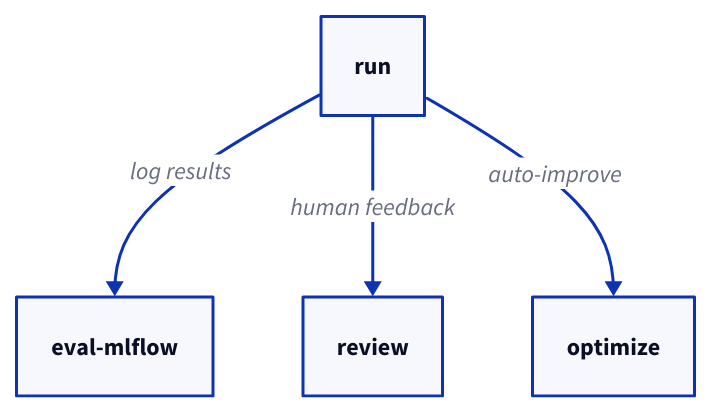
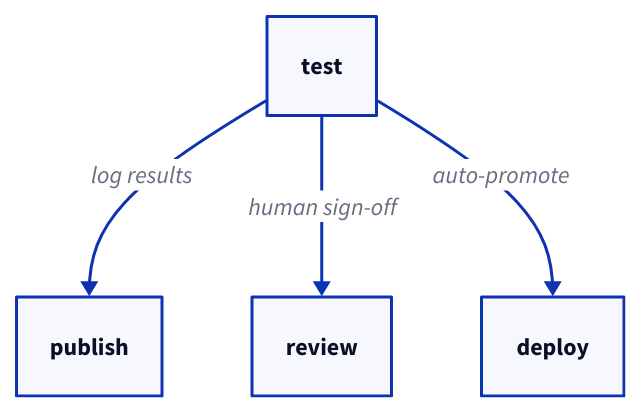
One commit to astefanutti/diagram-skills changed diagram 17 of 19 in skills/skill-diagram/prompts/d2-conventions.md. Above: the diagram before and after it, drawn with D2. The commit also changed other lines of this file and 3 other files, not shown here.

````diff
--- a/skills/skill-diagram/prompts/d2-conventions.md
+++ b/skills/skill-diagram/prompts/d2-conventions.md
@@ -312,6 +312,6 @@
 ```d2
-# Correct: fan-out from eval-run
-run -> eval-mlflow: "log results"
-run -> review: "human feedback"
-run -> optimize: "auto-improve"
+# Correct: fan-out from one source
+test -> publish: "log results"
+test -> review: "human sign-off"
+test -> deploy: "auto-promote"
 ```
````
